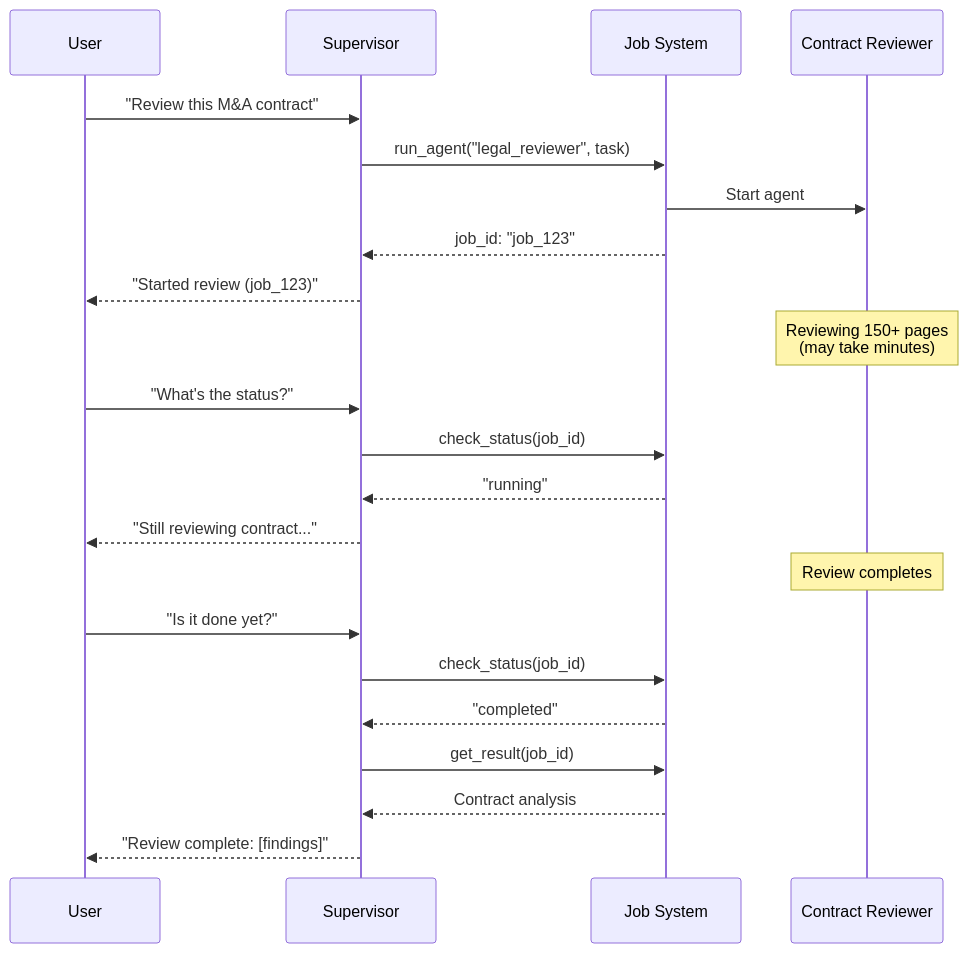
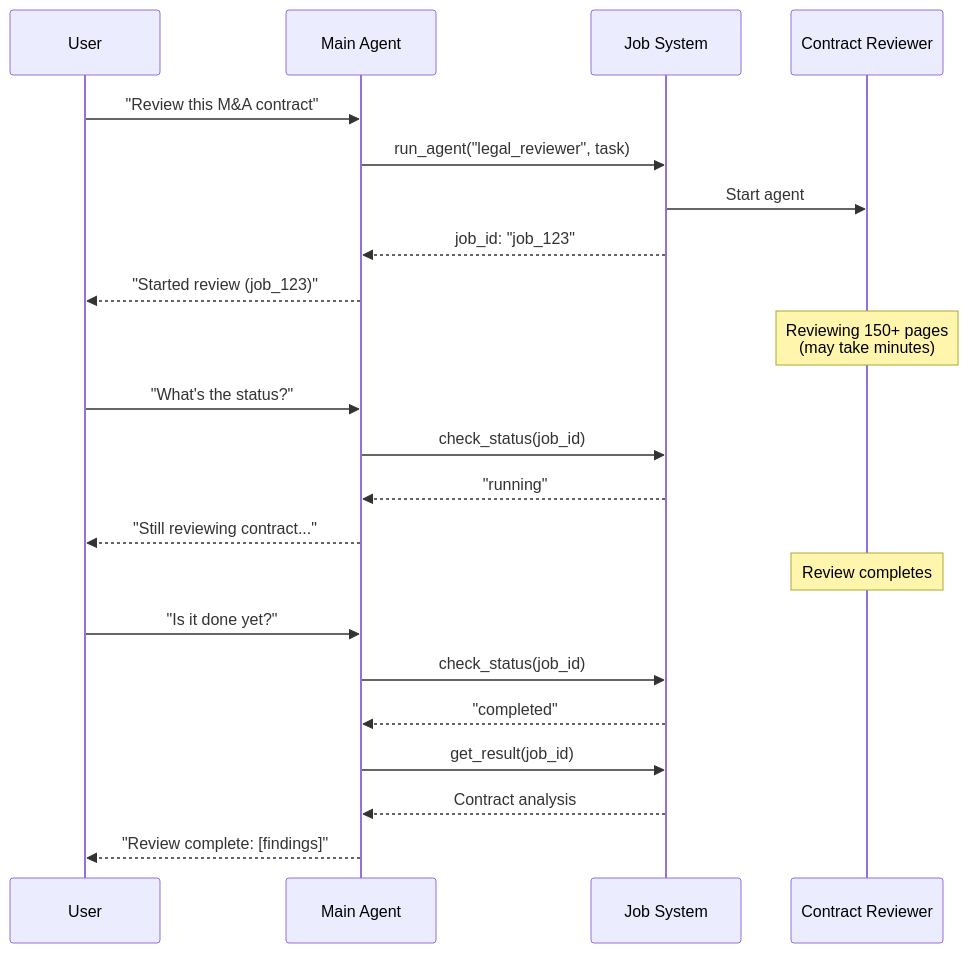
Before and after one commit to langchain-ai/docs: the third of 9 diagrams in src/oss/langchain/multi-agent.mdx, drawn with Mermaid. The commit also changed other lines of this file, not shown here.

````diff
--- a/src/oss/langchain/multi-agent.mdx
+++ b/src/oss/langchain/multi-agent.mdx
@@ -438,29 +438,29 @@
 ```mermaid
 sequenceDiagram
     participant User
-    participant Supervisor
+    participant Main Agent
     participant Job System
     participant Contract Reviewer
 
-    User->>Supervisor: "Review this M&A contract"
-    Supervisor->>Job System: run_agent("legal_reviewer", task)
+    User->>Main Agent: "Review this M&A contract"
+    Main Agent->>Job System: run_agent("legal_reviewer", task)
     Job System->>Contract Reviewer: Start agent
-    Job System-->>Supervisor: job_id: "job_123"
-    Supervisor-->>User: "Started review (job_123)"
+    Job System-->>Main Agent: job_id: "job_123"
+    Main Agent-->>User: "Started review (job_123)"
 
     Note over Contract Reviewer: Reviewing 150+ pages<br/>(may take minutes)
 
-    User->>Supervisor: "What's the status?"
-    Supervisor->>Job System: check_status(job_id)
-    Job System-->>Supervisor: "running"
-    Supervisor-->>User: "Still reviewing contract..."
+    User->>Main Agent: "What's the status?"
+    Main Agent->>Job System: check_status(job_id)
+    Job System-->>Main Agent: "running"
+    Main Agent-->>User: "Still reviewing contract..."
 
     Note over Contract Reviewer: Review completes
 
-    User->>Supervisor: "Is it done yet?"
-    Supervisor->>Job System: check_status(job_id)
-    Job System-->>Supervisor: "completed"
-    Supervisor->>Job System: get_result(job_id)
-    Job System-->>Supervisor: Contract analysis
-    Supervisor-->>User: "Review complete: [findings]"
+    User->>Main Agent: "Is it done yet?"
+    Main Agent->>Job System: check_status(job_id)
+    Job System-->>Main Agent: "completed"
+    Main Agent->>Job System: get_result(job_id)
+    Job System-->>Main Agent: Contract analysis
+    Main Agent-->>User: "Review complete: [findings]"
 ```
````
